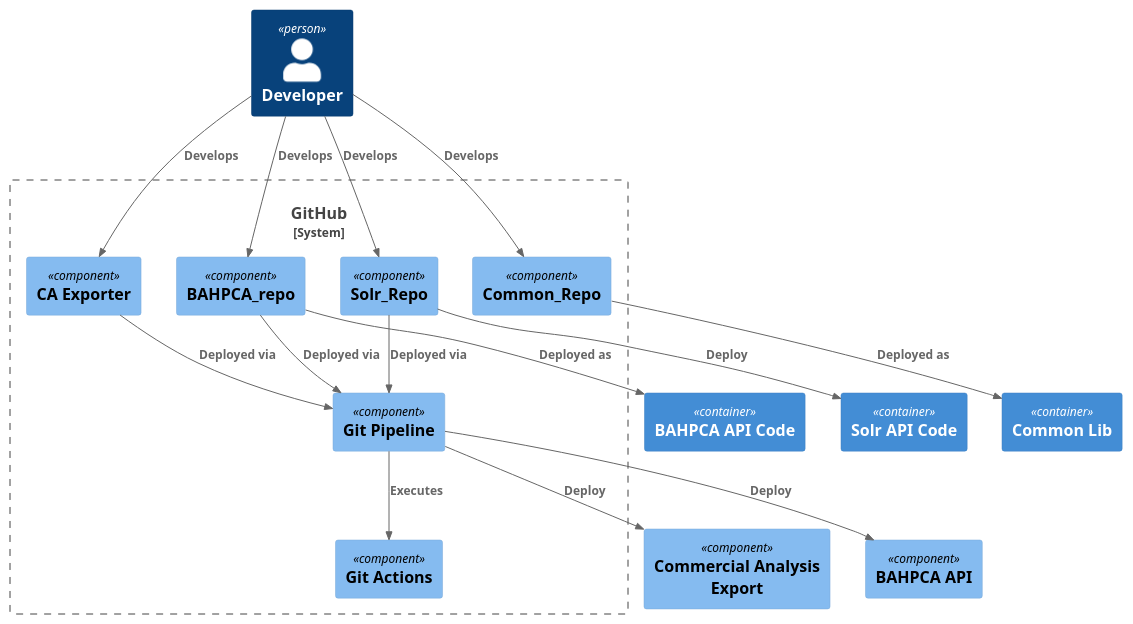
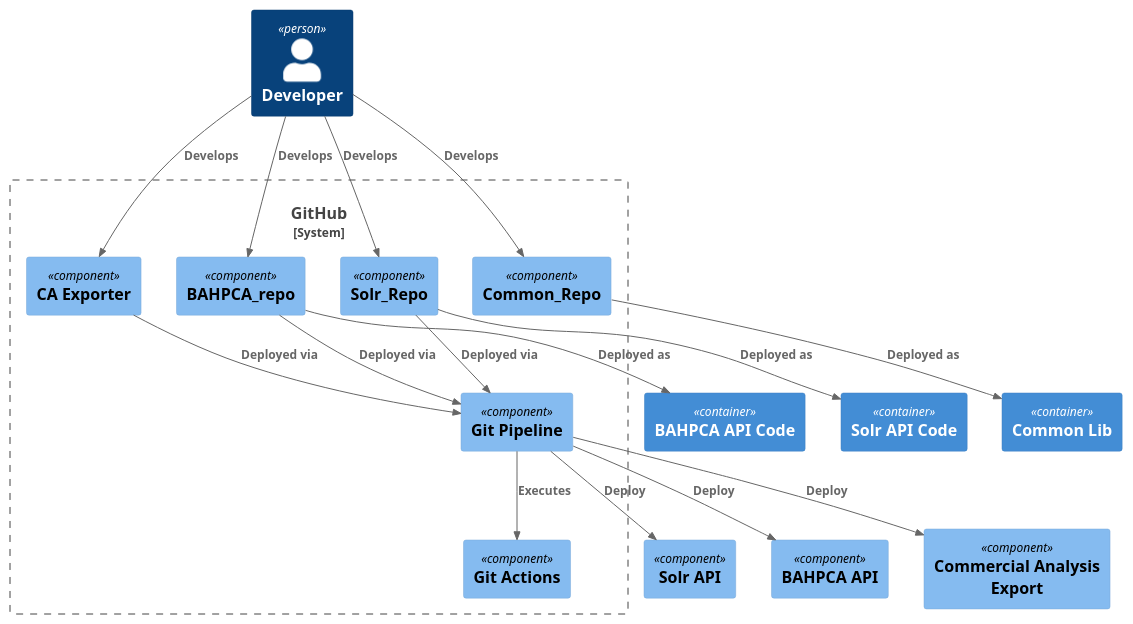
The diagram in docs/icePanel-C4-output-2-GitHub.puml (brunasti/icepanel-tools), drawn with PlantUML before and after one commit. The commit also changed 37 other files, not shown here.

Commit message:
Regenerates diagrams for BA with fixed IcePanel json

```diff
--- a/docs/icePanel-C4-output-2-GitHub.puml
+++ b/docs/icePanel-C4-output-2-GitHub.puml
@@ -1,50 +1,52 @@
 @startuml
 'https://plantuml.com/class-diagram
 ' CONVERT ICEPANEL DIAGRAM ===========
 ' Converter          : it.brunasti.icepanel.tools.IcePanelToPlantUmlConverter
-' IcePanel JSON File : [./src/test/resources/icepanel-plain-02.json]
+' IcePanel JSON File : [./src/test/resources/icepanel-plain.json]
 ' Configuration      : [./docs/config.json]
-' Generated at       : Tue Apr 09 10:07:41 CEST 2024
+' Generated at       : Tue Apr 09 11:16:12 CEST 2024
 
 !include https://raw.githubusercontent.com/plantuml-stdlib/C4-PlantUML/master/C4_Context.puml
 !include https://raw.githubusercontent.com/plantuml-stdlib/C4-PlantUML/master/C4_Component.puml
 
 
 
 System_Boundary(axBWvtIPYmpByC3xkoHt, "GitHub" ) {
     ' CLASSES =======
     Component(DzQ4VPgJYKxSkilz6snk, "BAHPCA_repo", "" )
     Component(6uyz5GXgHFSVjrwIwRKC, "Common_Repo", "" )
     Component(nd7uOWs4bfaeXm73vKFa, "Solr_Repo", "" )
     Component(aik6DuJQc2KhSf4c5QZV, "CA Exporter", "" )
     Component(F2hUPV68esNdYOZlEDZp, "Git Pipeline", "" )
     Component(sevE1WSEK6p75cxmStkb, "Git Actions", "" )
 }
 
 
 ' NEIGHBOR CLASSES =======
+Component(OmsC5XSTv64h2ua9yNDK, "Solr API", "" )
 Container(Nr2rq32hBezwoAGeNT2U, "BAHPCA API Code", "", "" )
 Person(oTbmuU7ncIHqPnGupIDk, "Developer", "" )
 Container(Vg8nvjzPDirSBRjT8K3Q, "Solr API Code", "", "" )
 Component(4teQrlbMUj5LLqxdVcPK, "BAHPCA API", "" )
 Component(BxsQud7gKwTvBJQ0KNj2, "Commercial Analysis Export", "" )
 Container(DqaxYHtWGYqlWeYgZkyP, "Common Lib", "", "" )
 
 
 ' CONNECTIONS =======
 Rel(DzQ4VPgJYKxSkilz6snk, Nr2rq32hBezwoAGeNT2U, "Deployed as" )
 Rel(oTbmuU7ncIHqPnGupIDk, 6uyz5GXgHFSVjrwIwRKC, "Develops" )
-Rel(nd7uOWs4bfaeXm73vKFa, Vg8nvjzPDirSBRjT8K3Q, "Deploy" )
+Rel(nd7uOWs4bfaeXm73vKFa, Vg8nvjzPDirSBRjT8K3Q, "Deployed as" )
 Rel(oTbmuU7ncIHqPnGupIDk, DzQ4VPgJYKxSkilz6snk, "Develops" )
 Rel(F2hUPV68esNdYOZlEDZp, 4teQrlbMUj5LLqxdVcPK, "Deploy" )
 Rel(oTbmuU7ncIHqPnGupIDk, nd7uOWs4bfaeXm73vKFa, "Develops" )
 Rel(DzQ4VPgJYKxSkilz6snk, F2hUPV68esNdYOZlEDZp, "Deployed via" )
 Rel(nd7uOWs4bfaeXm73vKFa, F2hUPV68esNdYOZlEDZp, "Deployed via" )
 Rel(aik6DuJQc2KhSf4c5QZV, F2hUPV68esNdYOZlEDZp, "Deployed via" )
 Rel(6uyz5GXgHFSVjrwIwRKC, DqaxYHtWGYqlWeYgZkyP, "Deployed as" )
+Rel(F2hUPV68esNdYOZlEDZp, OmsC5XSTv64h2ua9yNDK, "Deploy" )
 Rel(oTbmuU7ncIHqPnGupIDk, aik6DuJQc2KhSf4c5QZV, "Develops" )
 Rel(F2hUPV68esNdYOZlEDZp, sevE1WSEK6p75cxmStkb, "Executes" )
 Rel(F2hUPV68esNdYOZlEDZp, BxsQud7gKwTvBJQ0KNj2, "Deploy" )
 
 
 @enduml
```
